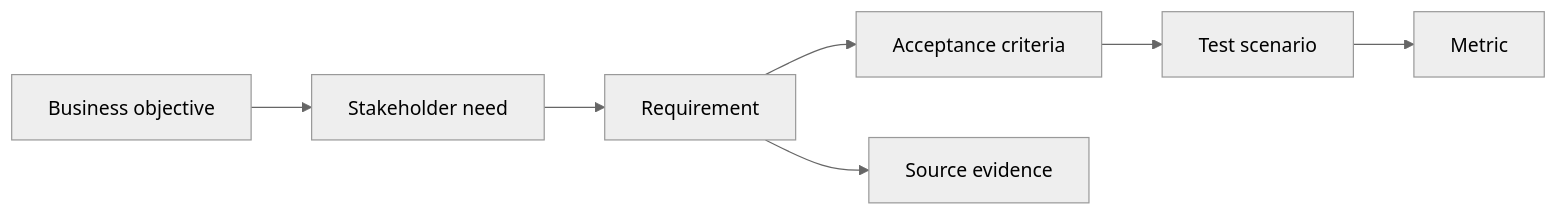
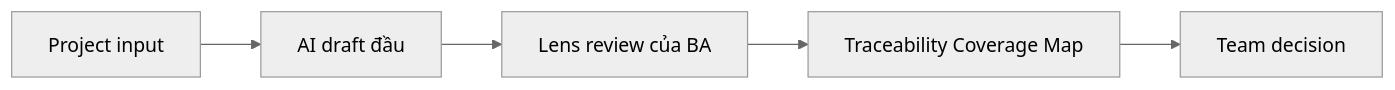
One commit to anhtnt90dev/ai-for-ba changed the first of 2 diagrams in docs/vi/lessons/traceability-and-testability/index.md. Above: the diagram before and after it, drawn with Mermaid (neutral theme). The commit also changed other lines of this file and 40 other files, not shown here.

````diff
--- a/docs/vi/lessons/traceability-and-testability/index.md
+++ b/docs/vi/lessons/traceability-and-testability/index.md
@@ -68,9 +84,12 @@
 ```mermaid
 flowchart LR
-    A["Business objective"] --> B["Stakeholder need"]
-    B --> C["Requirement"]
-    C --> D["Acceptance criteria"]
-    D --> E["Test scenario"]
-    E --> F["Metric"]
-    C --> G["Source evidence"]
+    A["Project input"]
+    B["AI draft đầu"]
+    A --> B
+    C["Lens review của BA"]
+    B --> C
+    D["Traceability Coverage Map"]
+    C --> D
+    E["Team decision"]
+    D --> E
 ```
````
